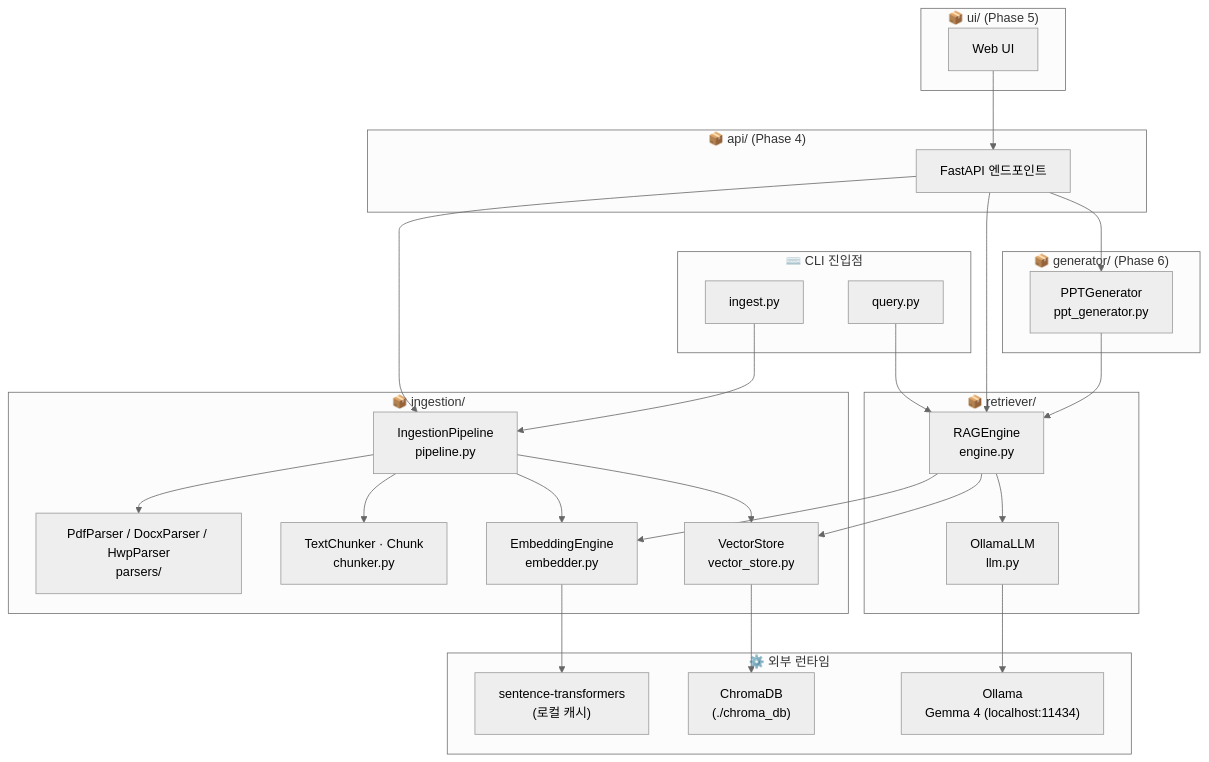
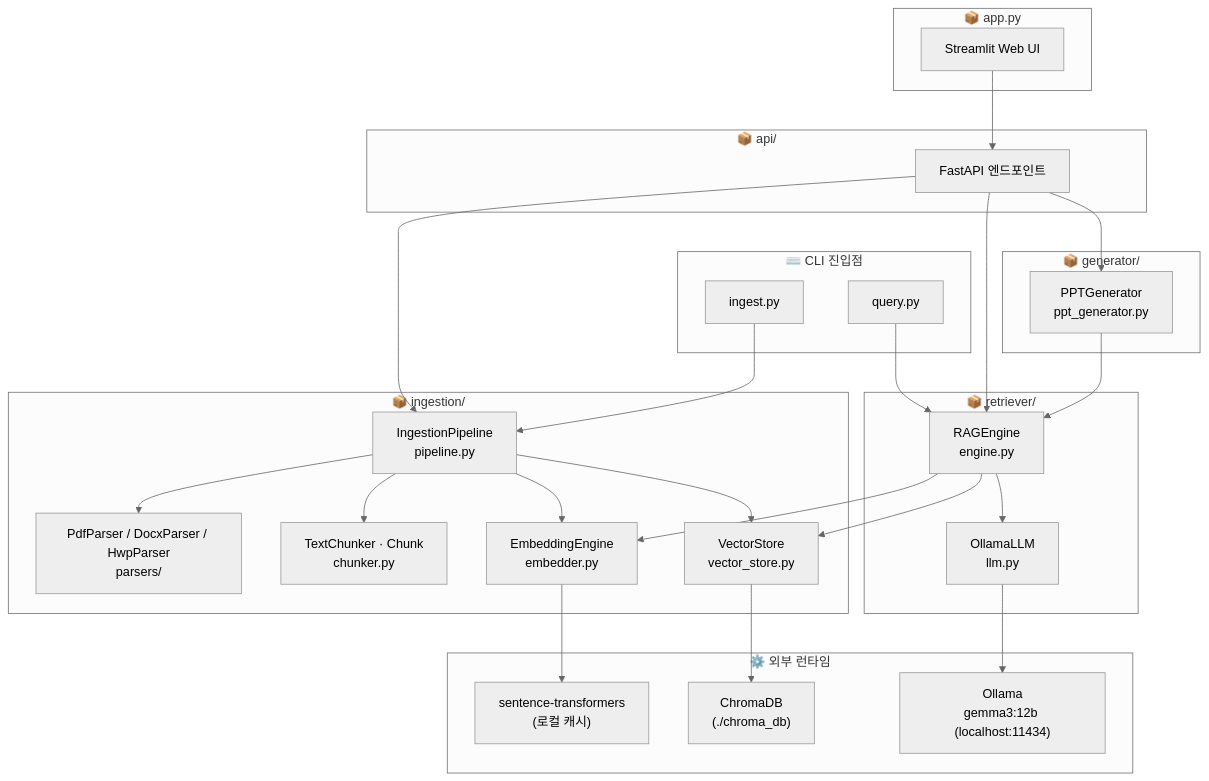
One commit to algum1737/ragSystem_codex changed the second of 3 diagrams in docs/architecture.md. Above: the diagram before and after it, drawn with Mermaid (neutral theme). The commit also changed other lines of this file and 7 other files, not shown here.

Commit message:
docs: consolidate architecture documents

````diff
--- a/docs/architecture.md
+++ b/docs/architecture.md
@@ -54,52 +56,52 @@
 ```mermaid
 graph TD
     subgraph CLI["⌨️ CLI 진입점"]
         ingest["ingest.py"]
         query["query.py"]
     end
 
     subgraph ingestion["📦 ingestion/"]
         pipeline["IngestionPipeline\npipeline.py"]
         parsers["PdfParser / DocxParser / HwpParser\nparsers/"]
         chunker["TextChunker · Chunk\nchunker.py"]
         embedder["EmbeddingEngine\nembedder.py"]
         vectorstore["VectorStore\nvector_store.py"]
     end
 
     subgraph retriever["📦 retriever/"]
         llm["OllamaLLM\nllm.py"]
         engine["RAGEngine\nengine.py"]
     end
 
-    subgraph generator["📦 generator/ (Phase 6)"]
+    subgraph generator["📦 generator/"]
         ppt["PPTGenerator\nppt_generator.py"]
     end
 
-    subgraph api["📦 api/ (Phase 4)"]
+    subgraph api["📦 api/"]
         fastapi["FastAPI 엔드포인트"]
     end
 
-    subgraph ui["📦 ui/ (Phase 5)"]
-        webui["Web UI"]
+    subgraph ui["📦 app.py"]
+        webui["Streamlit Web UI"]
     end
 
     subgraph external["⚙️ 외부 런타임"]
-        ollama["Ollama\nGemma 4 (localhost:11434)"]
+        ollama["Ollama\ngemma3:12b (localhost:11434)"]
         chroma["ChromaDB\n(./chroma_db)"]
         stmodel["sentence-transformers\n(로컬 캐시)"]
     end
 
     ingest --> pipeline
     pipeline --> parsers & chunker & embedder & vectorstore
 
     query --> engine
     engine --> embedder & vectorstore & llm
     llm --> ollama
     embedder --> stmodel
     vectorstore --> chroma
 
     ppt --> engine
 
     fastapi --> pipeline & engine & ppt
     webui --> fastapi
 ```
````
